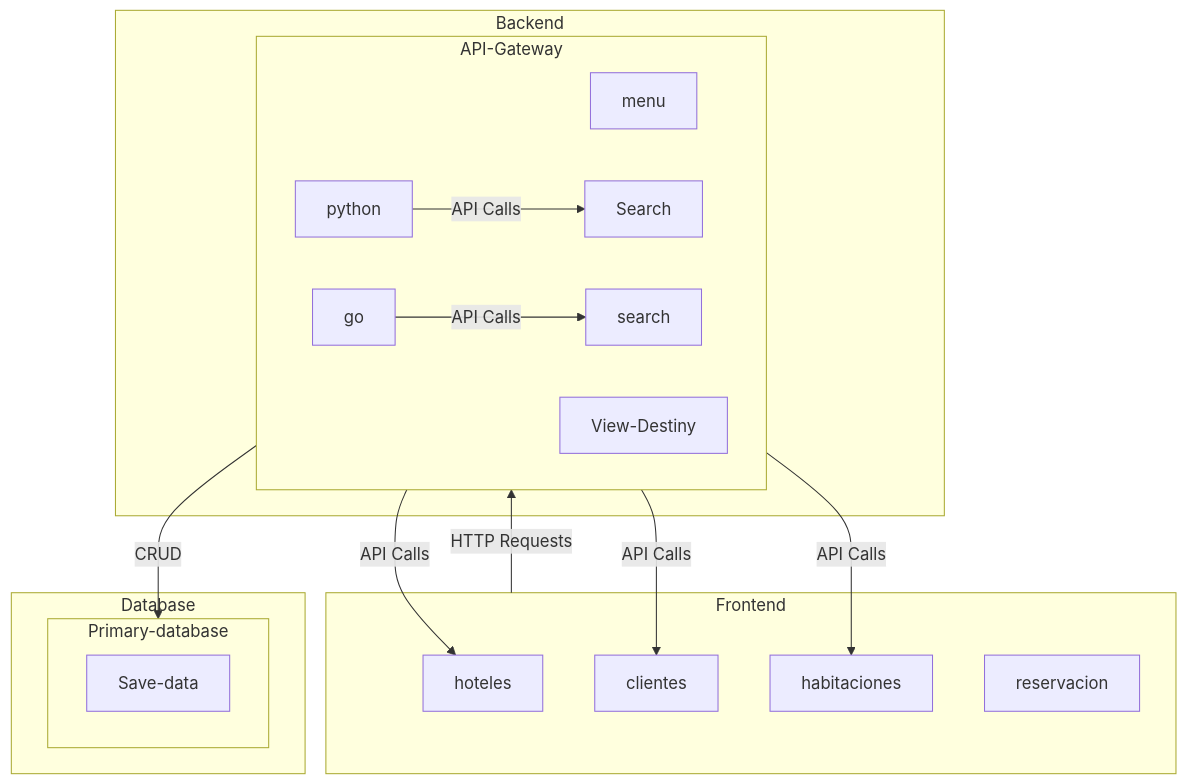
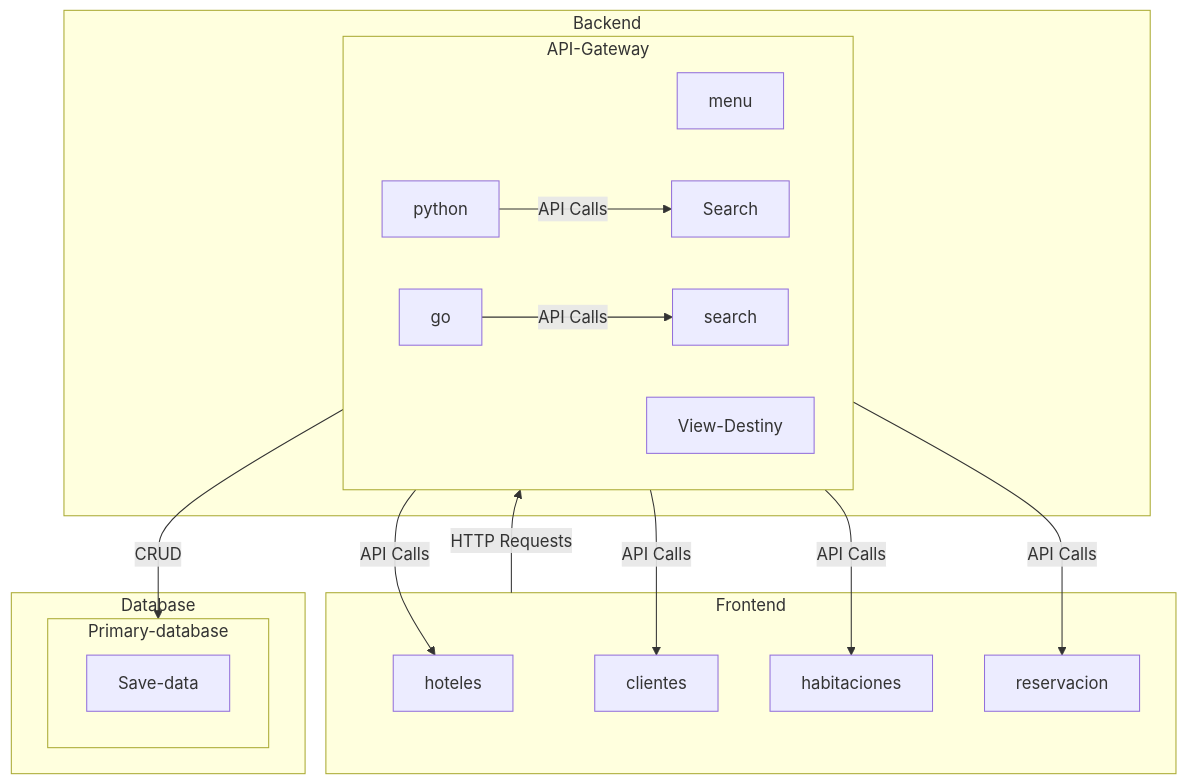
Before and after one commit to andresdev5/Analisis-software-9864: the diagram in ArquitectureAndPRDs/ArchitectureAndPRDs.md, drawn with Mermaid.

Commit message:
Update ArchitectureAndPRDs.md
bdd2

````diff
--- a/ArquitectureAndPRDs/ArchitectureAndPRDs.md
+++ b/ArquitectureAndPRDs/ArchitectureAndPRDs.md
@@ -1,28 +1,29 @@
 ```mermaid
 flowchart TD
     subgraph Frontend
         hoteles
         clientes
         habitaciones
         reservacion
     end
     subgraph Backend
         subgraph API-Gateway
             menu
             Search
             View-Destiny
             python -->|API Calls| Search
             go -->|API Calls| search
         end
     end
     subgraph Database
         subgraph Primary-database
             Save-data
         end
     end
     Frontend -->|HTTP Requests| API-Gateway
     API-Gateway -->|CRUD| Primary-database
     API-Gateway -->|API Calls| hoteles
     API-Gateway -->|API Calls| clientes
     API-Gateway -->|API Calls| habitaciones
+    API-Gateway -->|API Calls| reservacion
  ```   
````
